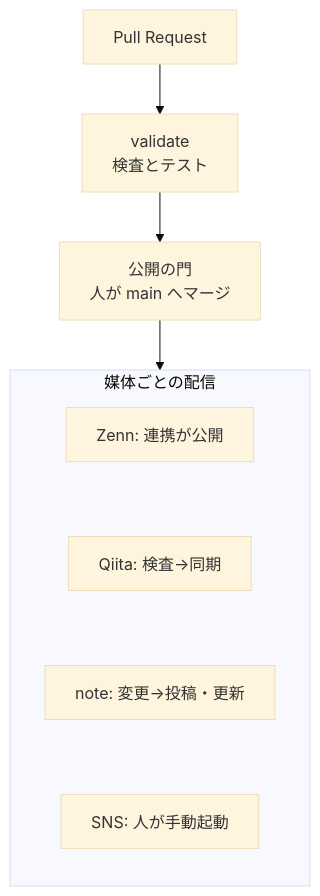
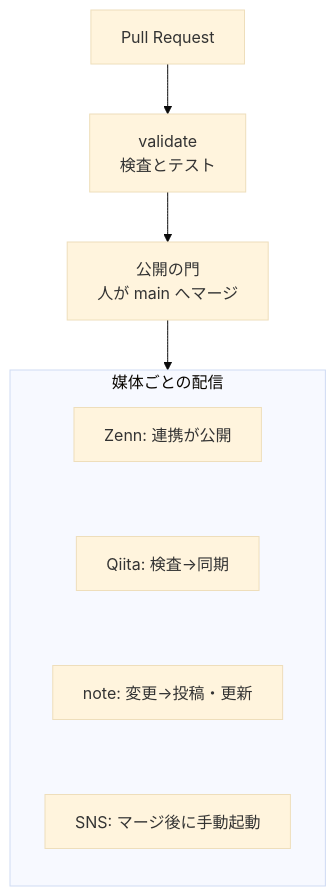
The second of 2 diagrams in articles/multi-platform-publishing-architecture.md (Takenori-Kusaka/publishing-hub), drawn with Mermaid (base theme) before and after one commit. The commit also changed other lines of this file and 17 other files, not shown here.

````diff
--- a/articles/multi-platform-publishing-architecture.md
+++ b/articles/multi-platform-publishing-architecture.md
@@ -311,12 +311,12 @@
 ```mermaid
 flowchart TD
     PR["Pull Request"] --> V["validate<br/>検査とテスト"]
     V --> M["公開の門<br/>人が main へマージ"]
     M --> G
     subgraph G["媒体ごとの配信"]
         direction TB
         ZD["Zenn: 連携が公開"] ~~~ QG["Qiita: 検査→同期"]
         QG ~~~ NG["note: 変更→投稿・更新"]
-        NG ~~~ SD["SNS: 人が手動起動"]
+        NG ~~~ SD["SNS: マージ後に手動起動"]
     end
 ```
````
